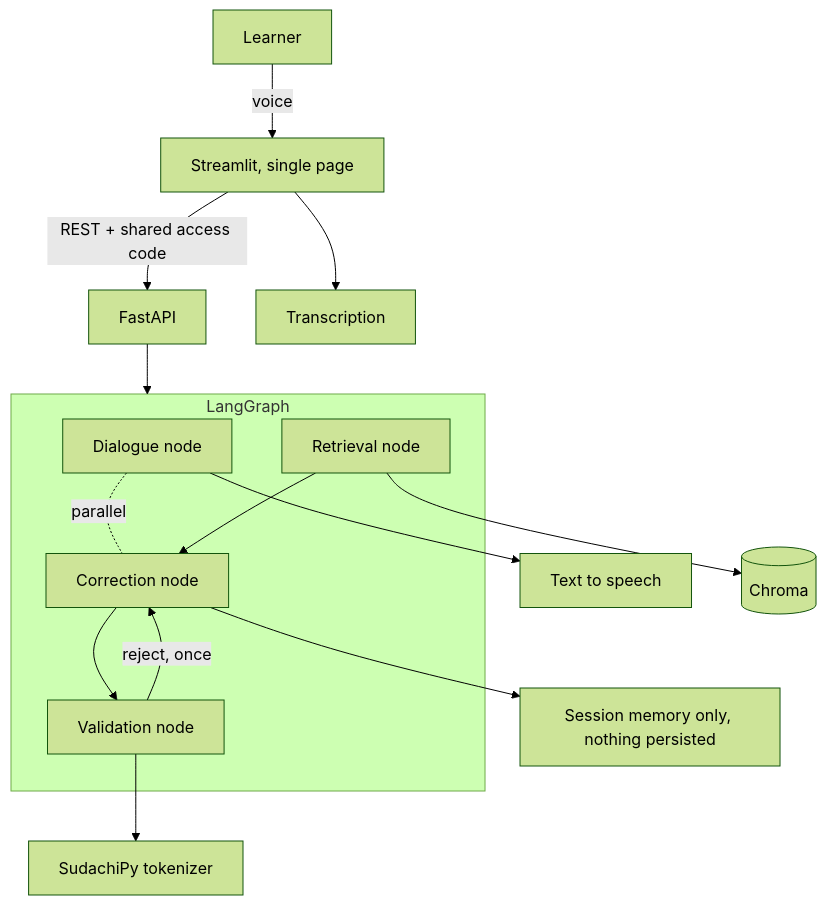
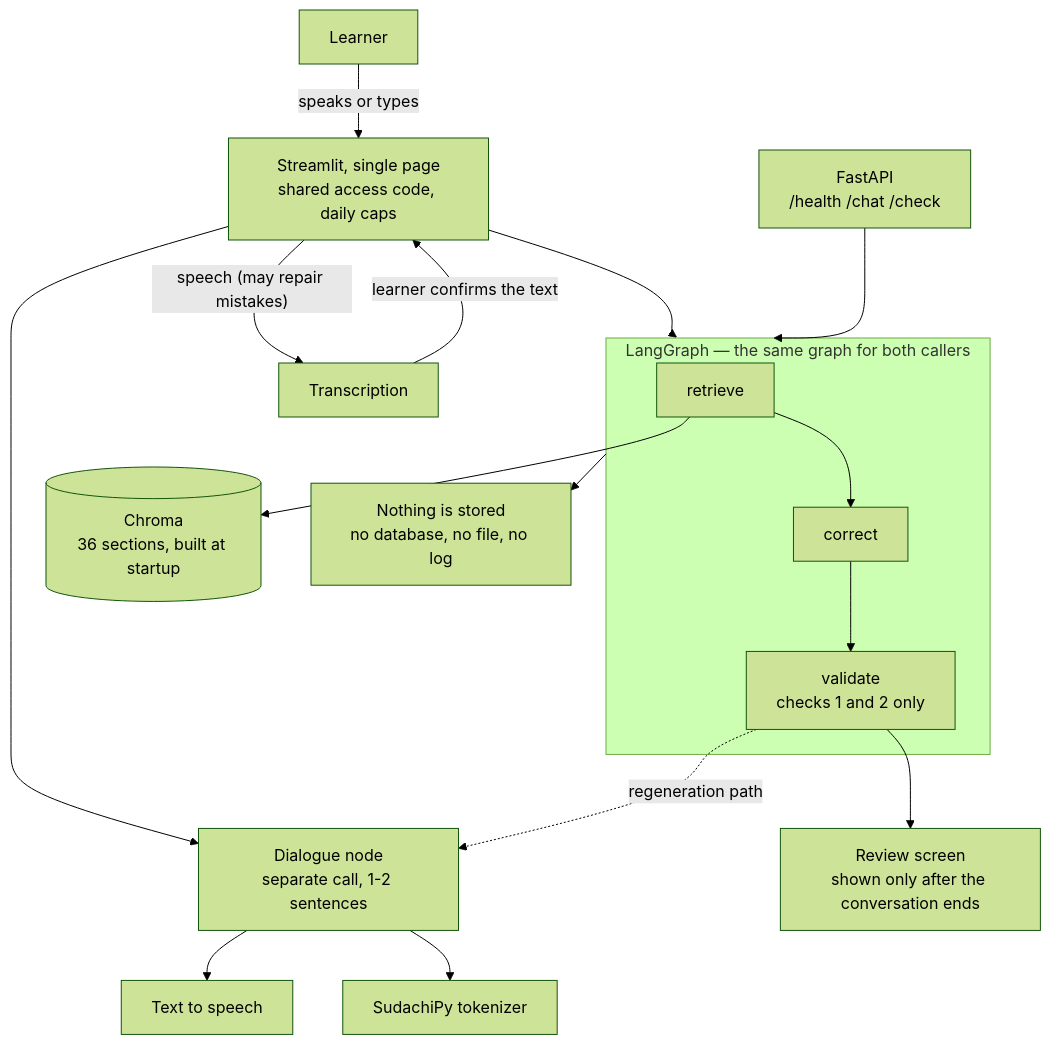
Before and after one commit to Jun-Araki/japanese-speaking-coach: the diagram in README.md, drawn with Mermaid (forest theme). The commit also changed other lines of this file and 17 other files, not shown here.

First line of the commit message:
Ship voice, measure what it costs, and say so on the screen

````diff
--- a/README.md
+++ b/README.md
@@ -210,23 +327,22 @@
 ```mermaid
 graph TB
-    U[Learner] -->|voice| ST[Streamlit, single page]
-    ST -->|REST + shared access code| API[FastAPI]
-    API --> G[LangGraph]
+    U[Learner] -->|speaks or types| ST["Streamlit, single page<br/>shared access code, daily caps"]
+    ST -->|"speech (may repair mistakes)"| STT[Transcription]
+    STT -->|"learner confirms the text"| ST
 
-    subgraph G [LangGraph]
-        DLG[Dialogue node]
-        COR[Correction node]
-        RET[Retrieval node]
-        VAL[Validation node]
-        DLG -.parallel.- COR
-        RET --> COR
-        COR --> VAL
-        VAL -->|reject, once| COR
+    ST --> G
+    API["FastAPI<br/>/health /chat /check"] --> G
+
+    subgraph G ["LangGraph — the same graph for both callers"]
+        RET[retrieve] --> COR[correct]
+        COR --> VAL["validate<br/>checks 1 and 2 only"]
     end
 
-    DLG --> TTS[Text to speech]
-    COR --> MEM[Session memory only, nothing persisted]
-    RET --> CH[(Chroma)]
-    VAL --> NLP[SudachiPy tokenizer]
-    ST --> STT[Transcription]
+    DLG["Dialogue node<br/>separate call, 1-2 sentences"] --> TTS[Text to speech]
+    ST --> DLG
+    RET --> CH[("Chroma<br/>36 sections, built at startup")]
+    VAL -.->|"regeneration path"| DLG
+    DLG --> NLP[SudachiPy tokenizer]
+    VAL --> OUT["Review screen<br/>shown only after the conversation ends"]
+    G --> NONE["Nothing is stored<br/>no database, no file, no log"]
 ```
````
